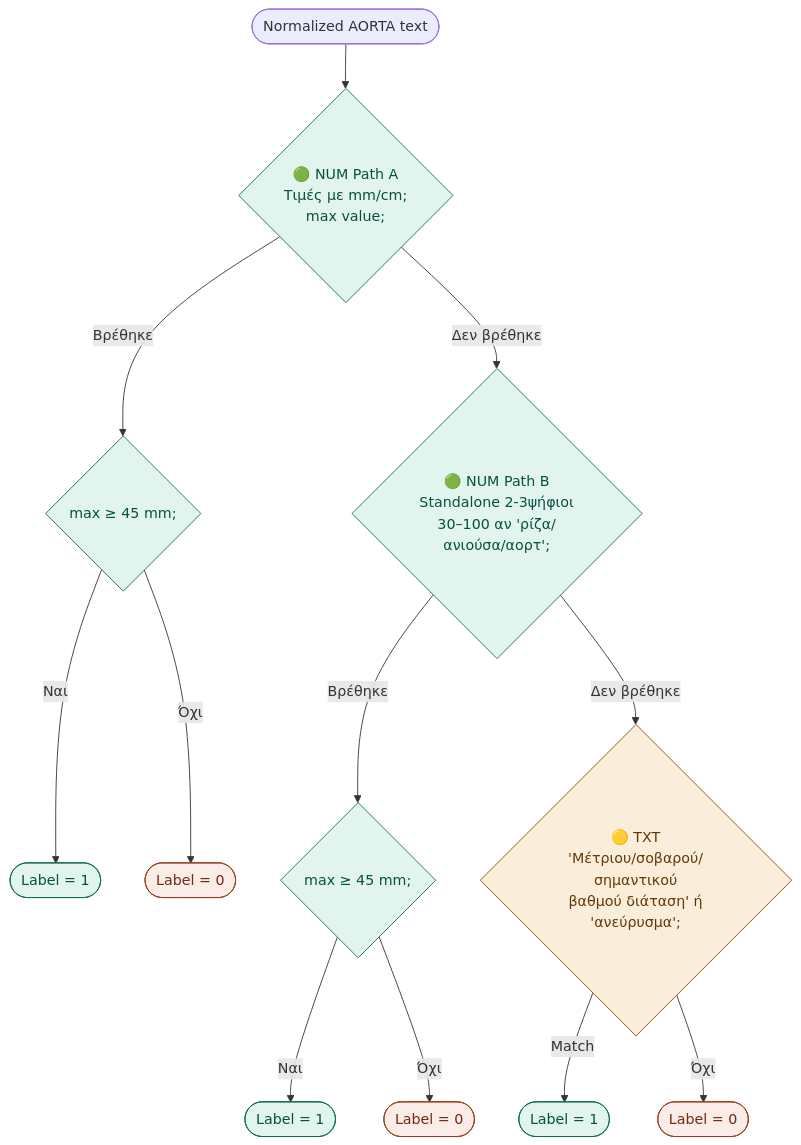
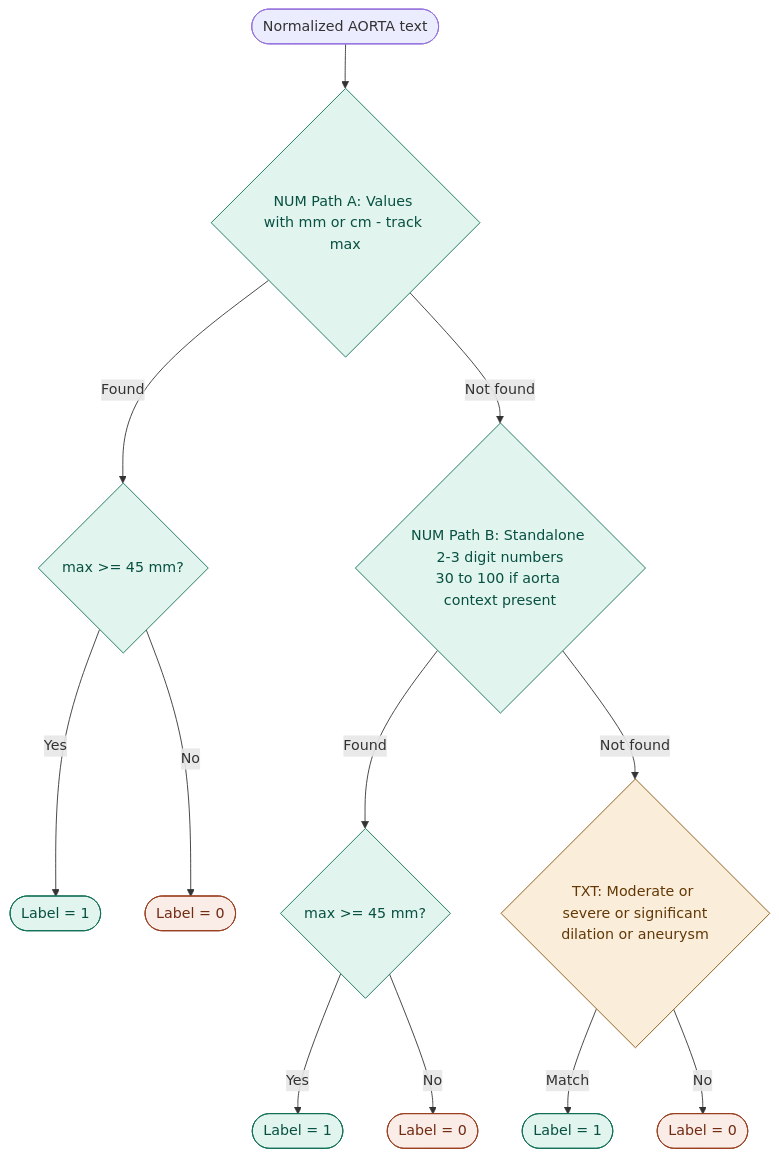
Diagram 15 of 17 in BINARY_EXTRACTION.md (evatsioumani/Echo), drawn with Mermaid before and after one commit. The commit also changed other lines of this file, not shown here.

````diff
--- a/BINARY_EXTRACTION.md
+++ b/BINARY_EXTRACTION.md
@@ -379,26 +382,26 @@
 ```mermaid
 flowchart TD
-    A([Normalized AORTA text]) --> B{🟢 NUM Path A\nΤιμές με mm/cm;\nmax value;}
-    B -->|Βρέθηκε| C{max ≥ 45 mm;}
-    C -->|Ναι| Z1([Label = 1])
-    C -->|Όχι| Z0([Label = 0])
-    B -->|Δεν βρέθηκε| D{🟢 NUM Path B\nStandalone 2-3ψήφιοι\n30–100 αν 'ρίζα/ανιούσα/αορτ';}
-    D -->|Βρέθηκε| E{max ≥ 45 mm;}
-    E -->|Ναι| Z1b([Label = 1])
-    E -->|Όχι| Z0b([Label = 0])
-    D -->|Δεν βρέθηκε| F{🟡 TXT\n'Μέτριου/σοβαρού/σημαντικού\nβαθμού διάταση' ή\n'ανεύρυσμα';}
+    A([Normalized AORTA text]) --> B{NUM Path A: Values with mm or cm - track max}
+    B -->|Found| C{max >= 45 mm?}
+    C -->|Yes| Z1([Label = 1])
+    C -->|No| Z0([Label = 0])
+    B -->|Not found| D{NUM Path B: Standalone 2-3 digit numbers\n30 to 100 if aorta context present}
+    D -->|Found| E{max >= 45 mm?}
+    E -->|Yes| Z1b([Label = 1])
+    E -->|No| Z0b([Label = 0])
+    D -->|Not found| F{TXT: Moderate or severe or significant\ndilation or aneurysm}
     F -->|Match| Z1c([Label = 1])
-    F -->|Όχι| Z0c([Label = 0])
+    F -->|No| Z0c([Label = 0])
 
     style Z0 fill:#FAECE7,stroke:#993C1D,color:#712B13
     style Z0b fill:#FAECE7,stroke:#993C1D,color:#712B13
     style Z0c fill:#FAECE7,stroke:#993C1D,color:#712B13
     style Z1 fill:#E1F5EE,stroke:#0F6E56,color:#085041
     style Z1b fill:#E1F5EE,stroke:#0F6E56,color:#085041
     style Z1c fill:#E1F5EE,stroke:#0F6E56,color:#085041
     style B fill:#E1F5EE,stroke:#0F6E56,color:#085041
     style C fill:#E1F5EE,stroke:#0F6E56,color:#085041
     style D fill:#E1F5EE,stroke:#0F6E56,color:#085041
     style E fill:#E1F5EE,stroke:#0F6E56,color:#085041
     style F fill:#FAEEDA,stroke:#854F0B,color:#633806
 ```
````
